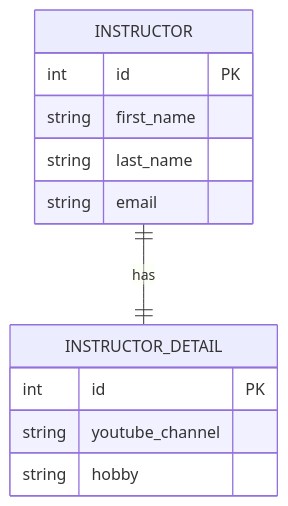
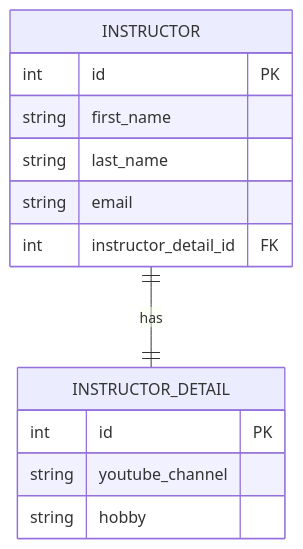
One commit to dsw4-presentaciones/hibernate changed the diagram in pages/clase3_jpa_one_to_one_uni_crud.md. Above: the diagram before and after it, drawn with Mermaid. The commit also changed other lines of this file and 1 other file, not shown here.

````diff
--- a/pages/clase3_jpa_one_to_one_uni_crud.md
+++ b/pages/clase3_jpa_one_to_one_uni_crud.md
@@ -20,17 +22,18 @@
 ```mermaid
 erDiagram 
     INSTRUCTOR ||--|| INSTRUCTOR_DETAIL : has
 
     INSTRUCTOR {
         int id PK
         string first_name
         string last_name
         string email
+        int instructor_detail_id FK
     }
 
     INSTRUCTOR_DETAIL {
         int id PK
         string youtube_channel
         string hobby
     }
 ```
````
